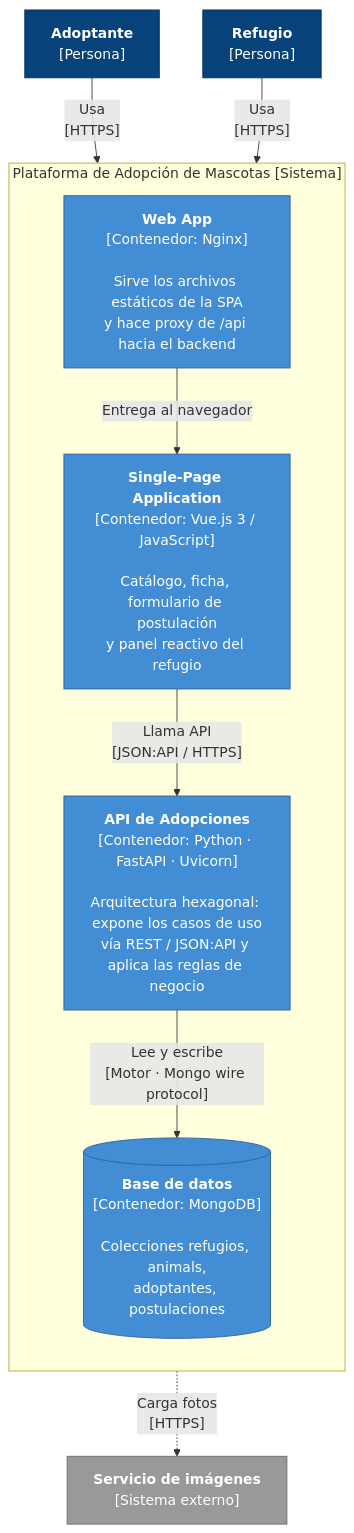
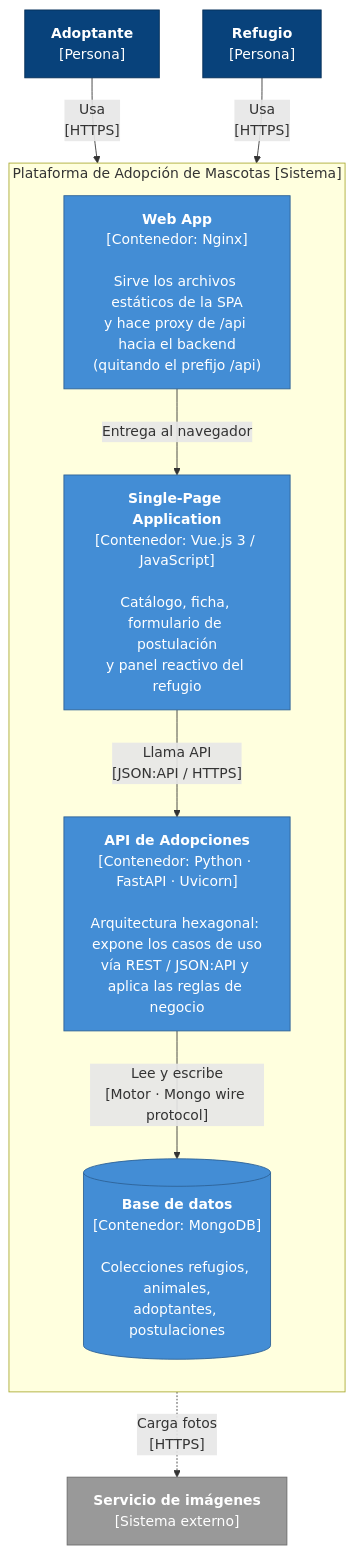
The diagram in docs/diagramas/fuente/03-c4-contenedores.mmd (tomoxpy16/Taller-Stack-Tecnologico), drawn with Mermaid before and after one commit. The commit also changed 15 other files, not shown here.

First line of the commit message:
docs: alinear diagramas con el docker-compose real y agregar modelo de datos

```diff
--- a/docs/diagramas/fuente/03-c4-contenedores.mmd
+++ b/docs/diagramas/fuente/03-c4-contenedores.mmd
@@ -1,25 +1,25 @@
 flowchart TB
   classDef person fill:#08427B,stroke:#052E56,color:#fff
   classDef container fill:#438DD5,stroke:#2E6295,color:#fff
   classDef db fill:#438DD5,stroke:#2E6295,color:#fff
   classDef ext fill:#999999,stroke:#6B6B6B,color:#fff
 
   A["<b>Adoptante</b><br/>[Persona]"]:::person
   R["<b>Refugio</b><br/>[Persona]"]:::person
 
   subgraph SYS["Plataforma de Adopción de Mascotas [Sistema]"]
     direction TB
-    WEB["<b>Web App</b><br/>[Contenedor: Nginx]<br/><br/>Sirve los archivos estáticos de la SPA<br/>y hace proxy de /api hacia el backend"]:::container
+    WEB["<b>Web App</b><br/>[Contenedor: Nginx]<br/><br/>Sirve los archivos estáticos de la SPA<br/>y hace proxy de /api hacia el backend<br/>(quitando el prefijo /api)"]:::container
     SPA["<b>Single-Page Application</b><br/>[Contenedor: Vue.js 3 / JavaScript]<br/><br/>Catálogo, ficha, formulario de postulación<br/>y panel reactivo del refugio"]:::container
     API["<b>API de Adopciones</b><br/>[Contenedor: Python · FastAPI · Uvicorn]<br/><br/>Arquitectura hexagonal: expone los casos de uso<br/>vía REST / JSON:API y aplica las reglas de negocio"]:::container
-    DB[("<b>Base de datos</b><br/>[Contenedor: MongoDB]<br/><br/>Colecciones refugios, animals,<br/>adoptantes, postulaciones")]:::db
+    DB[("<b>Base de datos</b><br/>[Contenedor: MongoDB]<br/><br/>Colecciones refugios, animales,<br/>adoptantes, postulaciones")]:::db
   end
 
   IMG["<b>Servicio de imágenes</b><br/>[Sistema externo]"]:::ext
 
   A -->|"Usa<br/>[HTTPS]"| WEB
   R -->|"Usa<br/>[HTTPS]"| WEB
   WEB -->|"Entrega al navegador"| SPA
   SPA -->|"Llama API<br/>[JSON:API / HTTPS]"| API
   API -->|"Lee y escribe<br/>[Motor · Mongo wire protocol]"| DB
   SPA -.->|"Carga fotos<br/>[HTTPS]"| IMG
```
